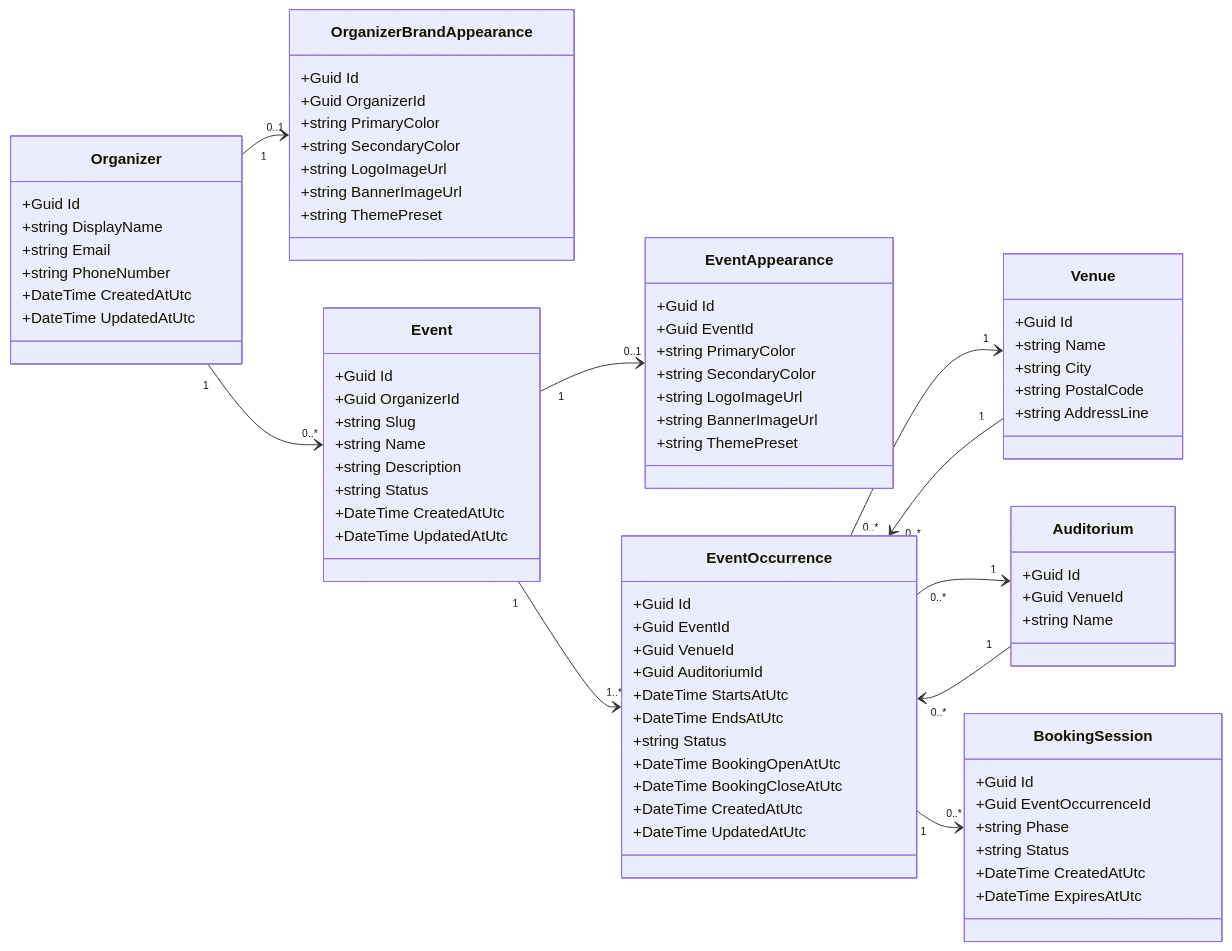
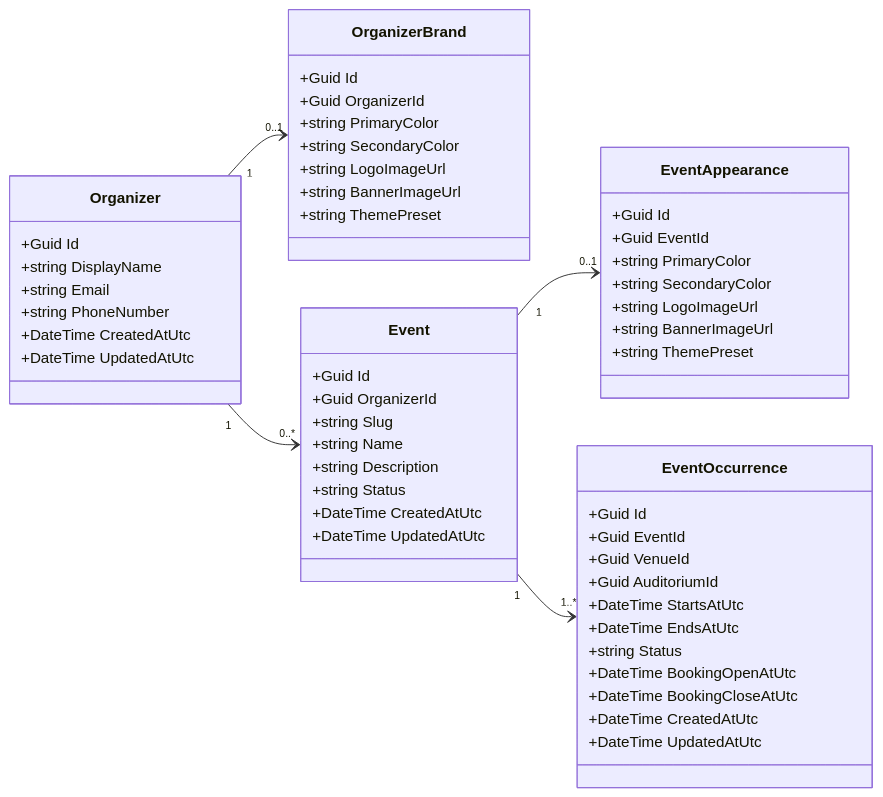
The diagram in architecture/organdevent.md (bprof-spec-codes/seatify), drawn with Mermaid before and after one commit. The commit also changed other lines of this file and 3 other files, not shown here.

Commit message:
fix consistency issues with architecture docs; add database entity relationship diagram

````diff
--- a/architecture/organdevent.md
+++ b/architecture/organdevent.md
@@ -490,7 +371,7 @@
   +DateTime UpdatedAtUtc
 }
 
-class OrganizerBrandAppearance {
+class OrganizerBrand {
   +Guid Id
   +Guid OrganizerId
   +string PrimaryColor
@@ -521,20 +402,6 @@
   +string ThemePreset
 }
 
-class Venue {
-  +Guid Id
-  +string Name
-  +string City
-  +string PostalCode
-  +string AddressLine
-}
-
-class Auditorium {
-  +Guid Id
-  +Guid VenueId
-  +string Name
-}
-
 class EventOccurrence {
   +Guid Id
   +Guid EventId
@@ -549,26 +416,9 @@
   +DateTime UpdatedAtUtc
 }
 
-class BookingSession {
-  +Guid Id
-  +Guid EventOccurrenceId
-  +string Phase
-  +string Status
-  +DateTime CreatedAtUtc
-  +DateTime ExpiresAtUtc
-}
-
 Organizer "1" --> "0..*" Event
-Organizer "1" --> "0..1" OrganizerBrandAppearance
+Organizer "1" --> "0..1" OrganizerBrand
 
 Event "1" --> "0..1" EventAppearance
 Event "1" --> "1..*" EventOccurrence
-
-EventOccurrence "0..*" --> "1" Venue
-EventOccurrence "0..*" --> "1" Auditorium
-
-Venue "1" --> "0..*" EventOccurrence
-Auditorium "1" --> "0..*" EventOccurrence
-
-EventOccurrence "1" --> "0..*" BookingSession
 ```
````
